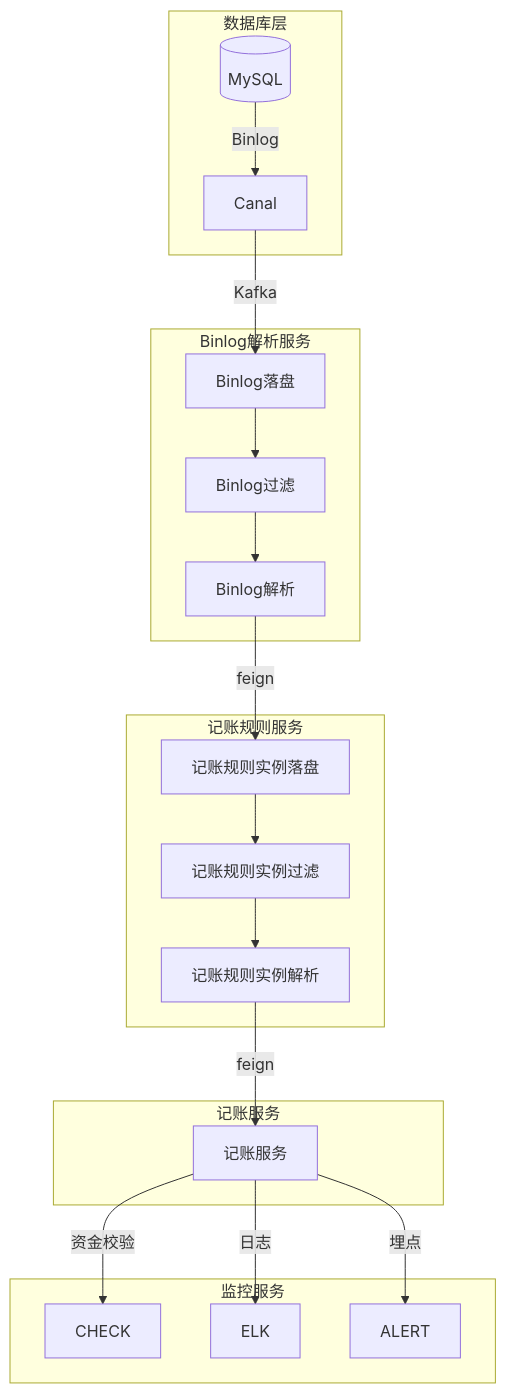
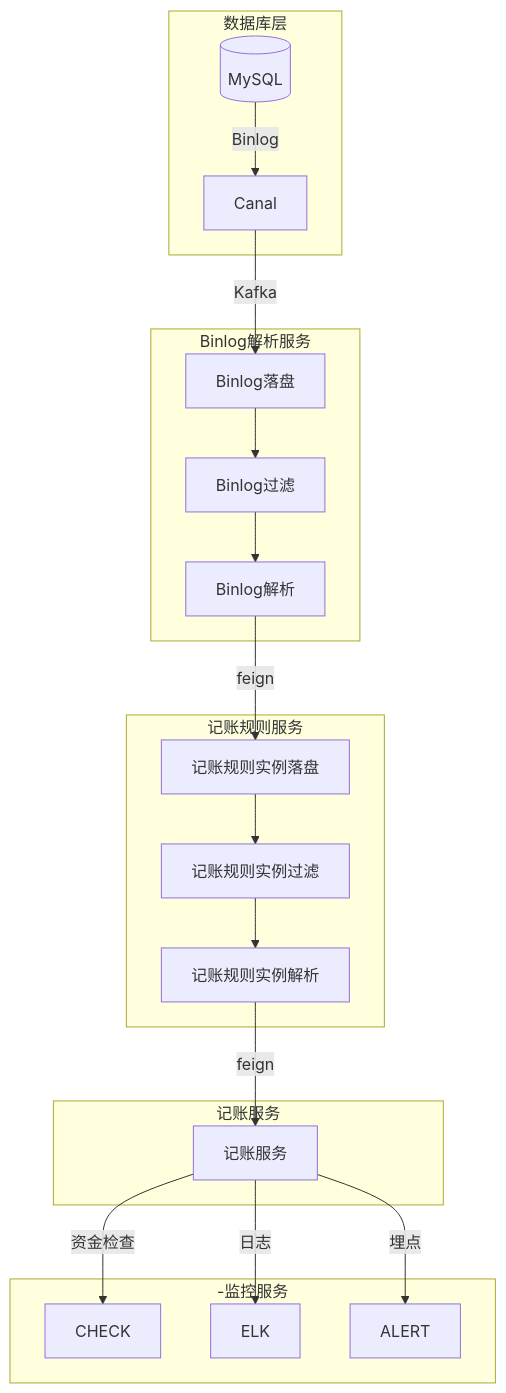
Before and after one commit to 87828943/iodraw-files: the diagram in all/记账架构图.md, drawn with Mermaid.

Commit message:
2025-07-07 14:49:41 update

````diff
--- a/all/记账架构图.md
+++ b/all/记账架构图.md
@@ -1,24 +1,24 @@
 ```mermaid
 graph TB
     subgraph 数据库层
         DB[(MySQL)] -->|Binlog| Canal
     end
     subgraph Binlog解析服务
         Canal -->|Kafka| Binlog[Binlog落盘]
         Binlog --> Binlog1[Binlog过滤]
         Binlog1 --> Binlog2[Binlog解析]
     end
     subgraph 记账规则服务
         Binlog2 -->|feign| AccountingRule[记账规则实例落盘]
         AccountingRule --> AccountingRule1[记账规则实例过滤]
         AccountingRule1 --> AccountingRule2[记账规则实例解析] 
     end
     subgraph 记账服务
        AccountingRule2 -->|feign| Accounting[记账服务]
     end
-    subgraph 监控服务
-        Accounting --> |资金校验| CHECK
+    subgraph -监控服务
+        Accounting --> |资金检查| CHECK
         Accounting -->|日志| ELK
         Accounting -->|埋点| ALERT
     end
 ```
````
